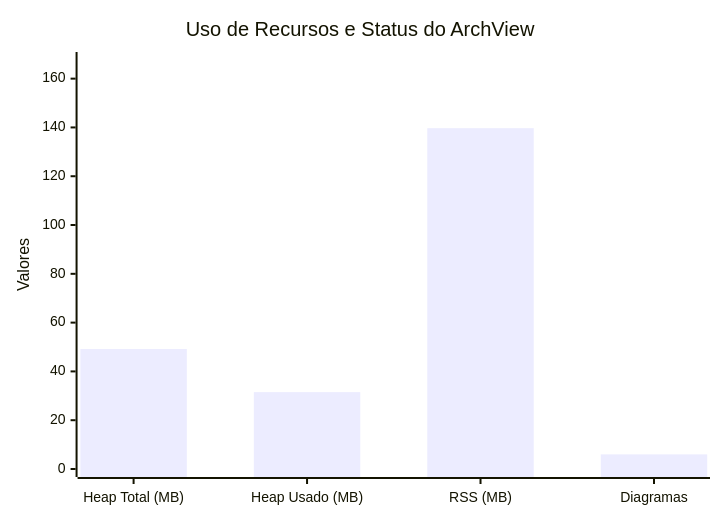
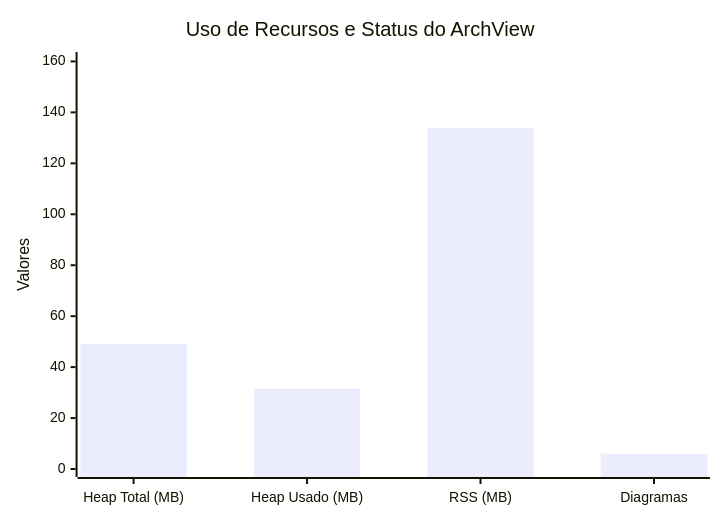
One commit to 70gurupia/archview changed the diagram in output/self-doc-metrics.mmd. Above: the diagram before and after it, drawn with Mermaid. The commit also changed 33 other files, not shown here.

```diff
--- a/output/self-doc-metrics.mmd
+++ b/output/self-doc-metrics.mmd
@@ -1,5 +1,5 @@
 xychart-beta
   title "Uso de Recursos e Status do ArchView"
   x-axis ["Heap Total (MB)", "Heap Usado (MB)", "RSS (MB)", "Diagramas"]
-  y-axis "Valores" 0 --> 167.64
-  bar [49.2, 31.5, 139.7, 6]
+  y-axis "Valores" 0 --> 160.56
+  bar [49.2, 31.5, 133.8, 6]
```
